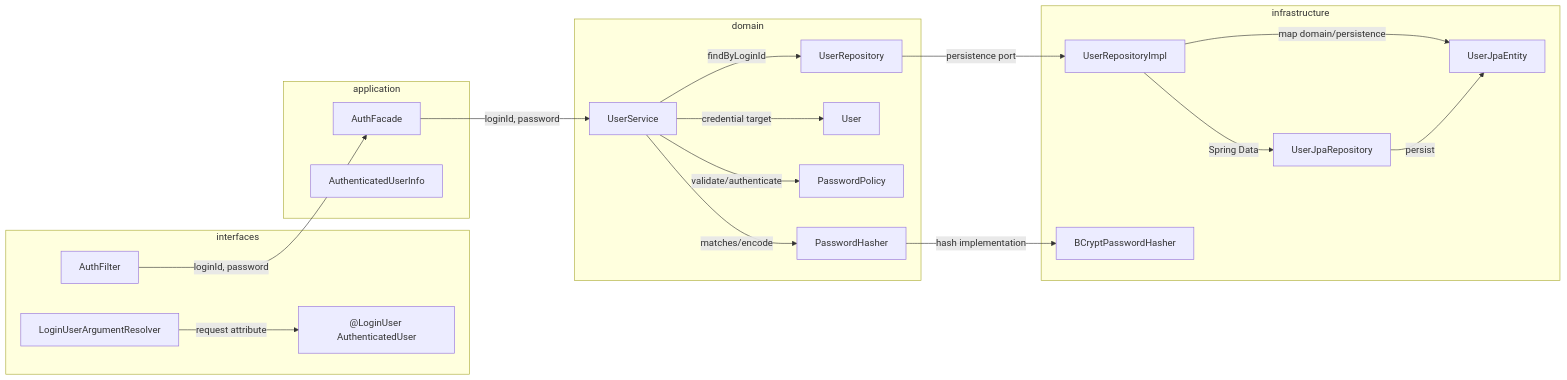
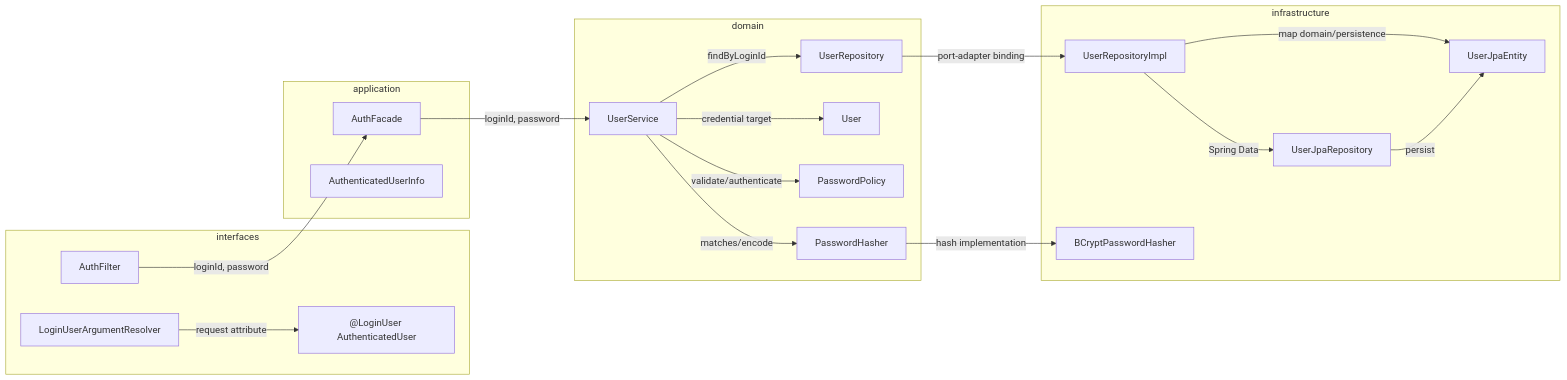
The first of 6 diagrams in docs/week3/01-api-dependency-structure.md (loopers-labs/loop-pack-be-l2-vol4-java), drawn with Mermaid before and after one commit. The commit also changed other lines of this file and 2 other files, not shown here.

````diff
--- a/docs/week3/01-api-dependency-structure.md
+++ b/docs/week3/01-api-dependency-structure.md
@@ -26,41 +33,41 @@
 ```mermaid
 flowchart LR
     subgraph interfaces
         AuthFilter
         LoginUserArgumentResolver
         AuthenticatedUser["@LoginUser AuthenticatedUser"]
     end
 
     subgraph application
         AuthFacade
         AuthenticatedUserInfo
     end
 
     subgraph domain
         UserService
         UserRepository
         User
         PasswordPolicy
         PasswordHasher
     end
 
     subgraph infrastructure
         UserRepositoryImpl
         UserJpaRepository
         UserJpaEntity
         BCryptPasswordHasher
     end
 
     AuthFilter -->|"loginId, password"| AuthFacade
     AuthFacade -->|"loginId, password"| UserService
     UserService -->|"findByLoginId"| UserRepository
     UserService -->|"validate/authenticate"| PasswordPolicy
     UserService -->|"matches/encode"| PasswordHasher
     UserService -->|"credential target"| User
-    UserRepository -->|"persistence port"| UserRepositoryImpl
+    UserRepository -->|"port-adapter binding"| UserRepositoryImpl
     UserRepositoryImpl -->|"map domain/persistence"| UserJpaEntity
     UserRepositoryImpl -->|"Spring Data"| UserJpaRepository
     UserJpaRepository -->|"persist"| UserJpaEntity
     PasswordHasher -->|"hash implementation"| BCryptPasswordHasher
     LoginUserArgumentResolver -->|"request attribute"| AuthenticatedUser
 ```
````
